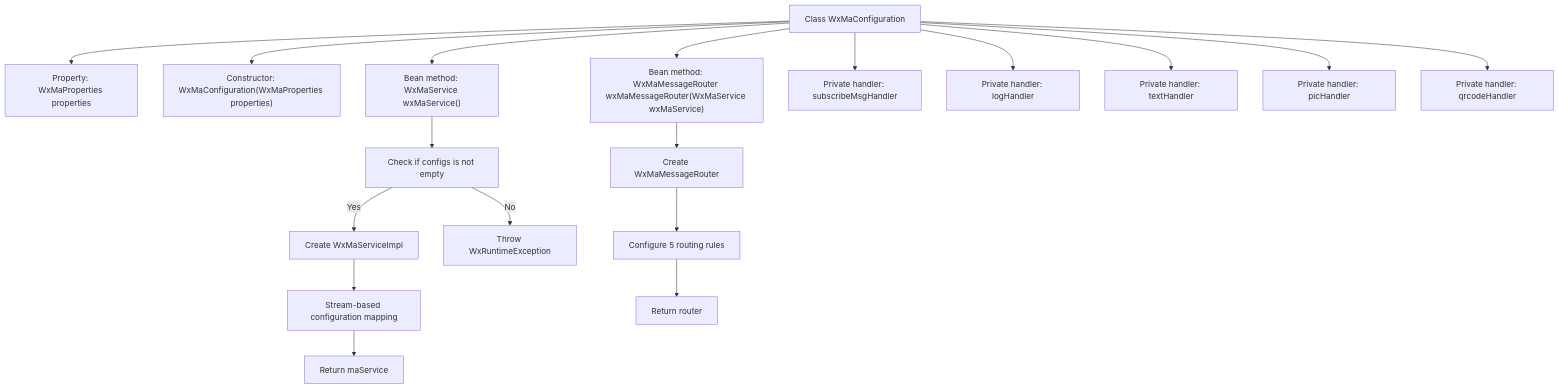
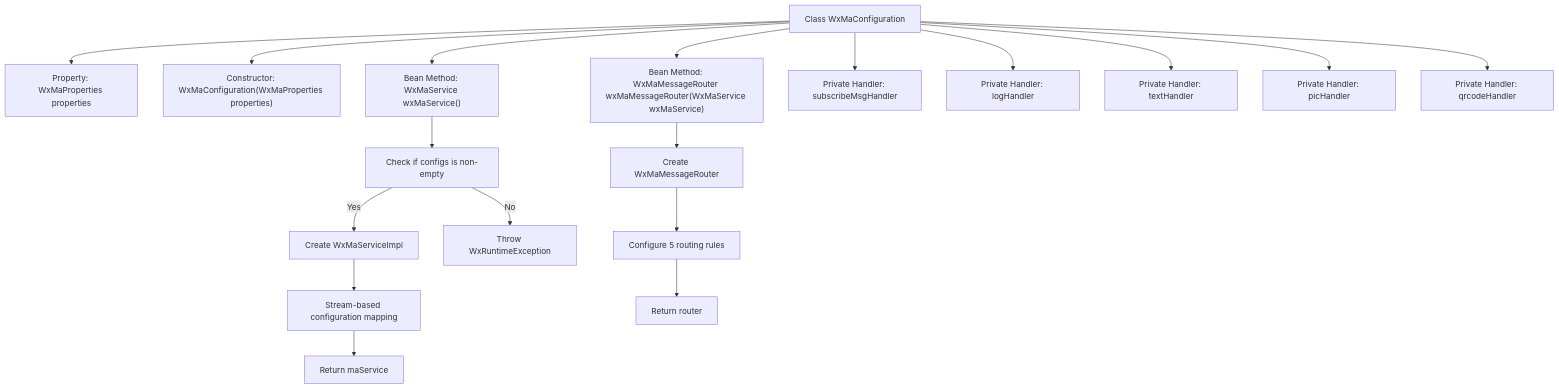
The second of 3 diagrams in docs/en/docs/src/main/java/com/github/binarywang/demo/wx/miniapp/config/WxMaConfiguration.md (v-wjrong/imrrong_weixin-java-miniapp-demo), drawn with Mermaid before and after one commit. The commit also changed other lines of this file and 37 other files, not shown here.

````diff
--- a/docs/en/docs/src/main/java/com/github/binarywang/demo/wx/miniapp/config/WxMaConfiguration.md
+++ b/docs/en/docs/src/main/java/com/github/binarywang/demo/wx/miniapp/config/WxMaConfiguration.md
@@ -109,33 +109,33 @@
 ```mermaid
 graph TD
     A["Class WxMaConfiguration"]
     B["Property: WxMaProperties properties"]
     C["Constructor: WxMaConfiguration(WxMaProperties properties)"]
-    D["Bean method: WxMaService wxMaService()"]
-    E["Bean method: WxMaMessageRouter wxMaMessageRouter(WxMaService wxMaService)"]
-    F["Private handler: subscribeMsgHandler"]
-    G["Private handler: logHandler"]
-    H["Private handler: textHandler"]
-    I["Private handler: picHandler"]
-    J["Private handler: qrcodeHandler"]
+    D["Bean Method: WxMaService wxMaService()"]
+    E["Bean Method: WxMaMessageRouter wxMaMessageRouter(WxMaService wxMaService)"]
+    F["Private Handler: subscribeMsgHandler"]
+    G["Private Handler: logHandler"]
+    H["Private Handler: textHandler"]
+    I["Private Handler: picHandler"]
+    J["Private Handler: qrcodeHandler"]
 
     A --> B
     A --> C
     A --> D
     A --> E
     A --> F
     A --> G
     A --> H
     A --> I
     A --> J
 
-    D --> K["Check if configs is not empty"]
+    D --> K["Check if configs is non-empty"]
     K -->|Yes| L["Create WxMaServiceImpl"]
     K -->|No| M["Throw WxRuntimeException"]
     L --> N["Stream-based configuration mapping"]
     N --> O["Return maService"]
 
     E --> P["Create WxMaMessageRouter"]
     P --> Q["Configure 5 routing rules"]
     Q --> R["Return router"]
 ```
````
